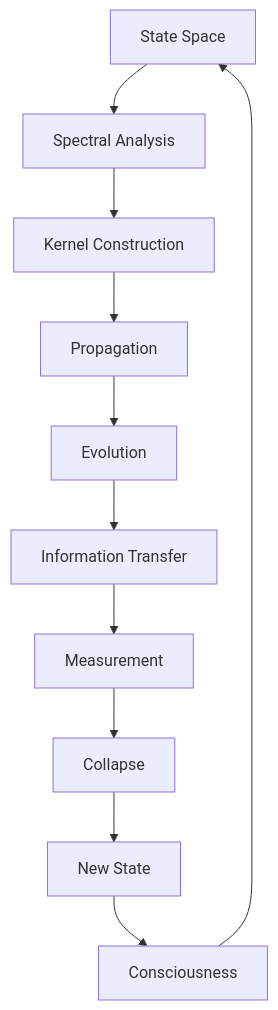
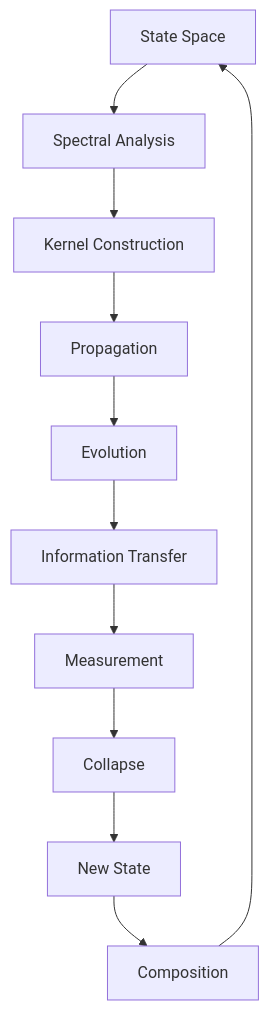
Before and after one commit to loning/the-phys: the second of 2 diagrams in docs/psi-structum/book-1-collapse-ontology/part-03-tensor-algebra/chapter-045-collapse-propagation-spectral-kernel.md, drawn with Mermaid. The commit also changed other lines of this file and 33 other files, not shown here.

````diff
--- a/docs/psi-structum/book-1-collapse-ontology/part-03-tensor-algebra/chapter-045-collapse-propagation-spectral-kernel.md
+++ b/docs/psi-structum/book-1-collapse-ontology/part-03-tensor-algebra/chapter-045-collapse-propagation-spectral-kernel.md
@@ -183,13 +191,13 @@
 ```mermaid
 graph TD
     A[State Space] --> B[Spectral Analysis]
     B --> C[Kernel Construction]
     C --> D[Propagation]
     D --> E[Evolution]
     E --> F[Information Transfer]
     F --> G[Measurement]
     G --> H[Collapse]
     H --> I[New State]
-    I --> J[Consciousness]
+    I --> J[Composition]
     J --> A
 ```
````
